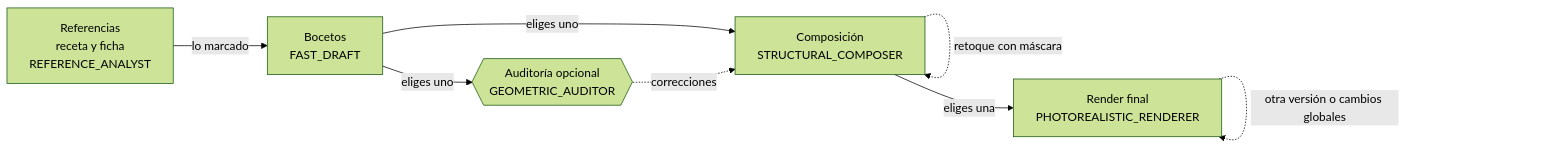
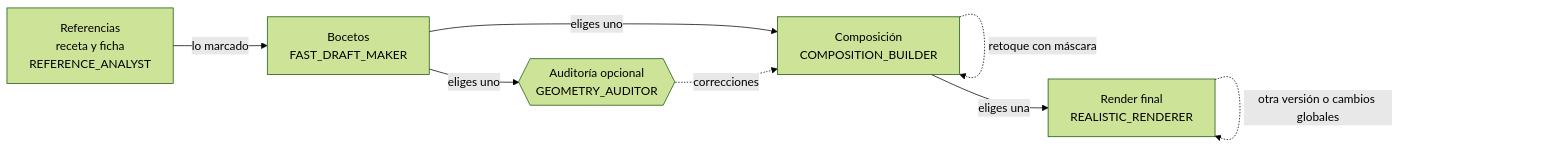
One commit to SergioVelmay/InteriorAI changed the first of 2 diagrams in README.md. Above: the diagram before and after it, drawn with Mermaid (forest theme). The commit also changed other lines of this file and 54 other files, not shown here.

````diff
--- a/README.md
+++ b/README.md
@@ -16,10 +16,10 @@
 ```mermaid
 flowchart LR
-    R[Referencias<br/>receta y ficha<br/>REFERENCE_ANALYST] -->|lo marcado| B[Bocetos<br/>FAST_DRAFT]
-    B -->|eliges uno| A{{Auditoría opcional<br/>GEOMETRIC_AUDITOR}}
-    B -->|eliges uno| C[Composición<br/>STRUCTURAL_COMPOSER]
+    R[Referencias<br/>receta y ficha<br/>REFERENCE_ANALYST] -->|lo marcado| B[Bocetos<br/>FAST_DRAFT_MAKER]
+    B -->|eliges uno| A{{Auditoría opcional<br/>GEOMETRY_AUDITOR}}
+    B -->|eliges uno| C[Composición<br/>COMPOSITION_BUILDER]
     A -.->|correcciones| C
     C -.->|retoque con máscara| C
-    C -->|eliges una| F[Render final<br/>PHOTOREALISTIC_RENDERER]
+    C -->|eliges una| F[Render final<br/>REALISTIC_RENDERER]
     F -.->|otra versión o cambios globales| F
 ```
````
